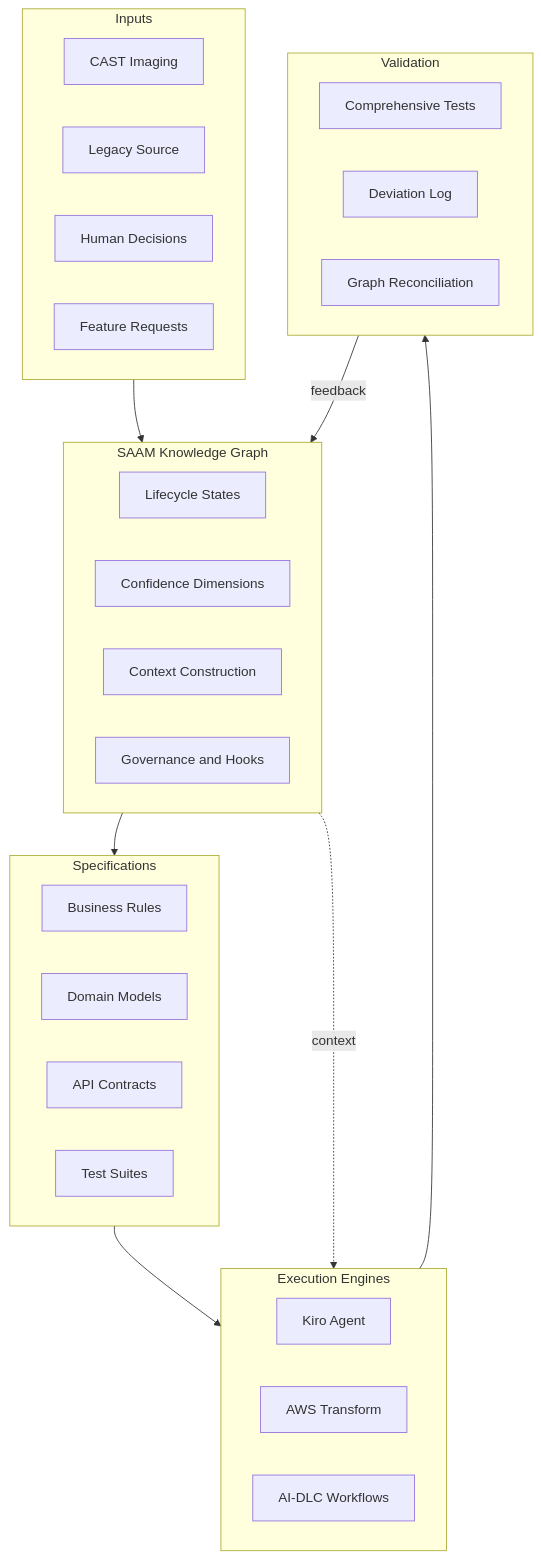
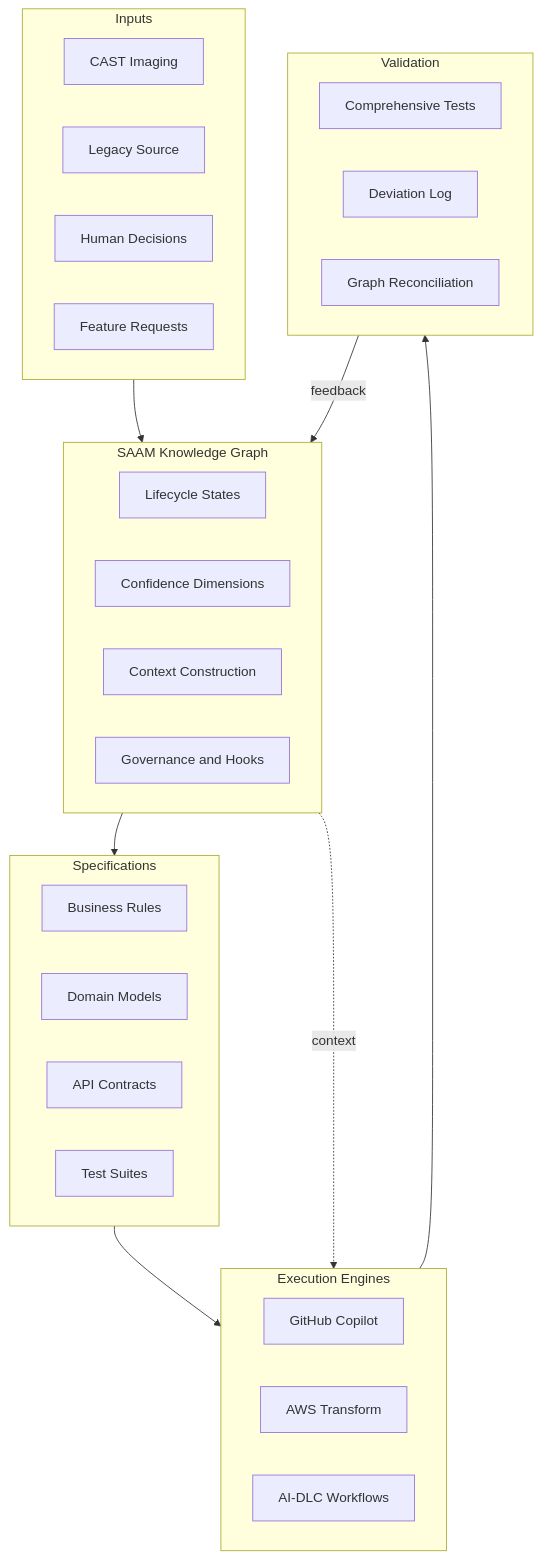
The first of 4 diagrams in .github/skills/saam-framework/SKILL.md (Ky7m/shopizer-ecommerce-saam), drawn with Mermaid before and after one commit. The commit also changed other lines of this file and 31 other files, not shown here.

````diff
--- a/.github/skills/saam-framework/SKILL.md
+++ b/.github/skills/saam-framework/SKILL.md
@@ -18,42 +18,42 @@
 ```mermaid
 flowchart TD
     subgraph inputs["Inputs"]
         CAST[CAST Imaging]
         SRC[Legacy Source]
         HUMAN[Human Decisions]
         FEAT[Feature Requests]
     end
 
     subgraph kg["SAAM Knowledge Graph"]
         LIFE[Lifecycle States]
         CONF[Confidence Dimensions]
         CTX[Context Construction]
         GOV[Governance and Hooks]
     end
 
     subgraph specs["Specifications"]
         BRIDS[Business Rules]
         DDL[Domain Models]
         API[API Contracts]
         TESTS[Test Suites]
     end
 
     subgraph exec["Execution Engines"]
-        KIRO[Kiro Agent]
+        AGENT[GitHub Copilot]
         ATX[AWS Transform]
         AIDLC[AI-DLC Workflows]
     end
 
     subgraph validate["Validation"]
         SUITE[Comprehensive Tests]
         DEVLOG[Deviation Log]
         RECON[Graph Reconciliation]
     end
 
     inputs --> kg
     kg --> specs
     specs --> exec
     exec --> validate
     validate -->|feedback| kg
     kg -.->|context| exec
 ```
````
